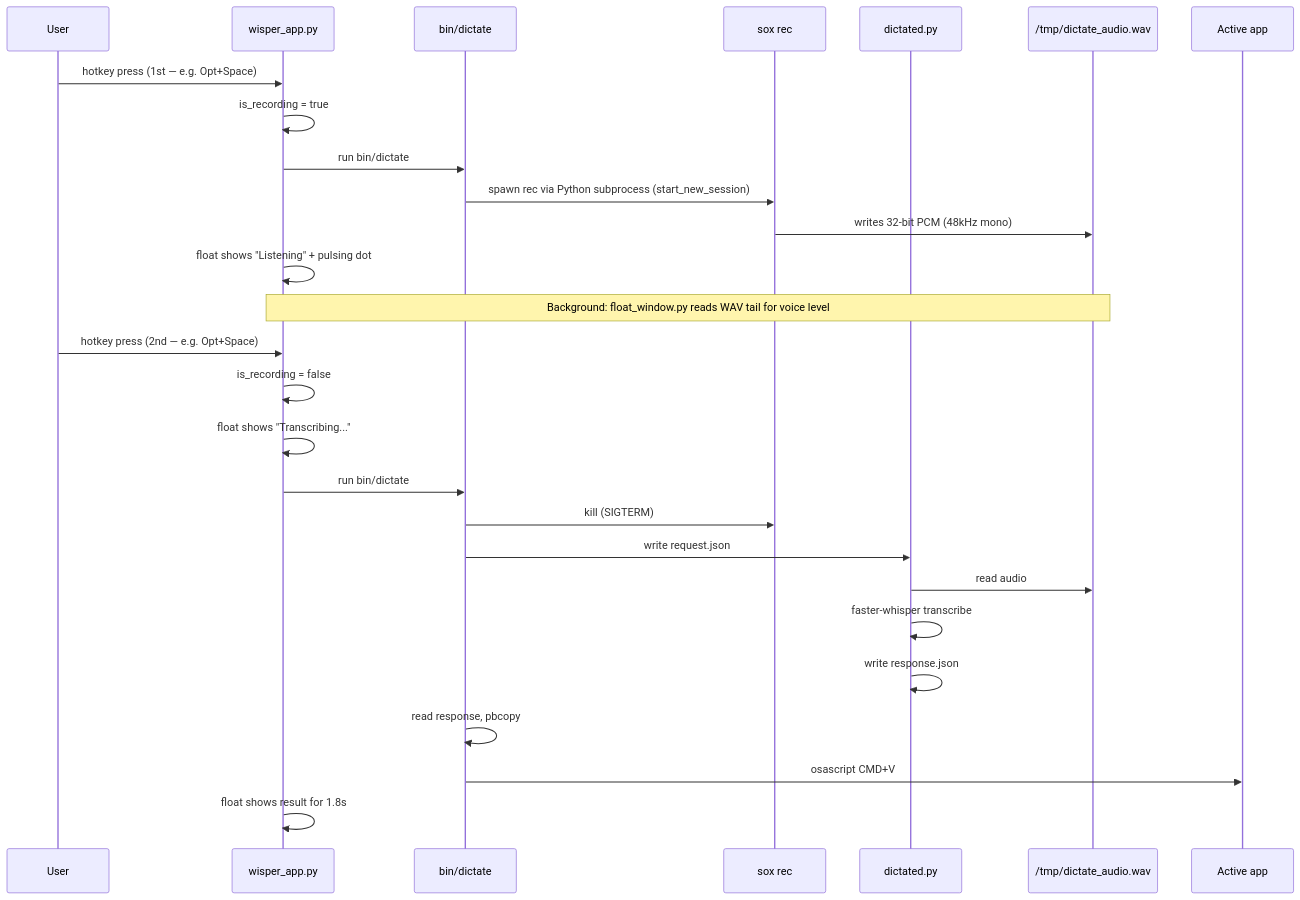
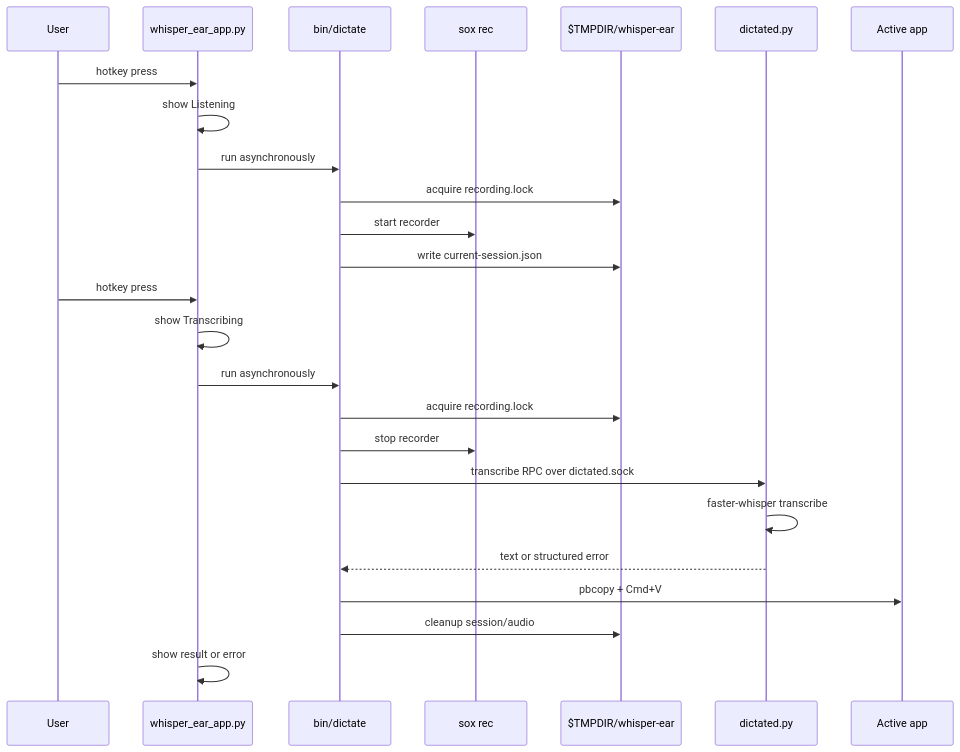
Before and after one commit to andkirby/whisper-ear: the second of 4 diagrams in docs/architecture.md, drawn with Mermaid. The commit also changed other lines of this file and 29 other files, not shown here.

Commit message:
Refactor dictation daemon and rename to whisper-ear

````diff
--- a/docs/architecture.md
+++ b/docs/architecture.md
@@ -48,32 +48,29 @@
 ```mermaid
 sequenceDiagram
     participant User
-    participant App as wisper_app.py
-    participant Shell as bin/dictate
-    participant Sox as sox rec
+    participant App as whisper_ear_app.py
+    participant CLI as bin/dictate
+    participant Rec as sox rec
+    participant Runtime as $TMPDIR/whisper-ear
     participant Daemon as dictated.py
-    participant WAV as /tmp/dictate_audio.wav
     participant Target as Active app
 
-    User->>App: hotkey press (1st — e.g. Opt+Space)
-    App->>App: is_recording = true
-    App->>Shell: run bin/dictate
-    Shell->>Sox: spawn rec via Python subprocess (start_new_session)
-    Sox->>WAV: writes 32-bit PCM (48kHz mono)
-    App->>App: float shows "Listening" + pulsing dot
+    User->>App: hotkey press
+    App->>App: show Listening
+    App->>CLI: run asynchronously
+    CLI->>Runtime: acquire recording.lock
+    CLI->>Rec: start recorder
+    CLI->>Runtime: write current-session.json
 
-    Note over App,WAV: Background: float_window.py reads WAV tail for voice level
-
-    User->>App: hotkey press (2nd — e.g. Opt+Space)
-    App->>App: is_recording = false
-    App->>App: float shows "Transcribing..."
-    App->>Shell: run bin/dictate
-    Shell->>Sox: kill (SIGTERM)
-    Shell->>Daemon: write request.json
-    Daemon->>WAV: read audio
+    User->>App: hotkey press
+    App->>App: show Transcribing
+    App->>CLI: run asynchronously
+    CLI->>Runtime: acquire recording.lock
+    CLI->>Rec: stop recorder
+    CLI->>Daemon: transcribe RPC over dictated.sock
     Daemon->>Daemon: faster-whisper transcribe
-    Daemon->>Daemon: write response.json
-    Shell->>Shell: read response, pbcopy
-    Shell->>Target: osascript CMD+V
-    App->>App: float shows result for 1.8s
+    Daemon-->>CLI: text or structured error
+    CLI->>Target: pbcopy + Cmd+V
+    CLI->>Runtime: cleanup session/audio
+    App->>App: show result or error
 ```
````
